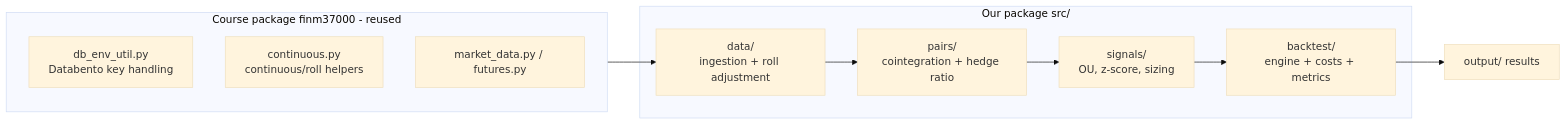
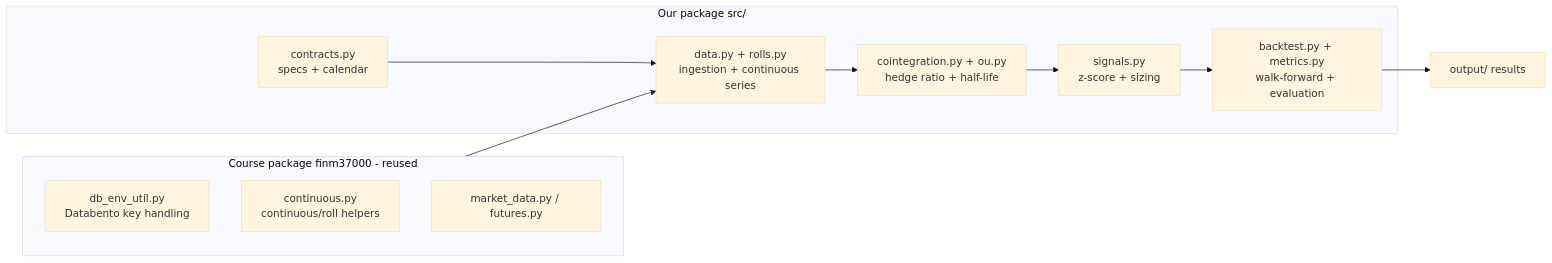
Before and after one commit to raymondw112/finm37000-project: the second of 2 diagrams in docs/DESIGN.md, drawn with Mermaid (base theme). The commit also changed other lines of this file and 1 other file, not shown here.

````diff
--- a/docs/DESIGN.md
+++ b/docs/DESIGN.md
@@ -29,17 +37,19 @@
 ```mermaid
 flowchart LR
     subgraph course[Course package finm37000 - reused]
         c1[db_env_util.py<br/>Databento key handling]
         c2[continuous.py<br/>continuous/roll helpers]
         c3[market_data.py / futures.py]
     end
     subgraph ours[Our package src/]
-        s1[data/<br/>ingestion + roll adjustment]
-        s2[pairs/<br/>cointegration + hedge ratio]
-        s3[signals/<br/>OU, z-score, sizing]
-        s4[backtest/<br/>engine + costs + metrics]
+        s0[contracts.py<br/>specs + calendar]
+        s1[data.py + rolls.py<br/>ingestion + continuous series]
+        s2[cointegration.py + ou.py<br/>hedge ratio + half-life]
+        s3[signals.py<br/>z-score + sizing]
+        s4[backtest.py + metrics.py<br/>walk-forward + evaluation]
     end
     course --> s1
+    s0 --> s1
     s1 --> s2 --> s3 --> s4
     s4 --> out[output/ results]
 ```
````
